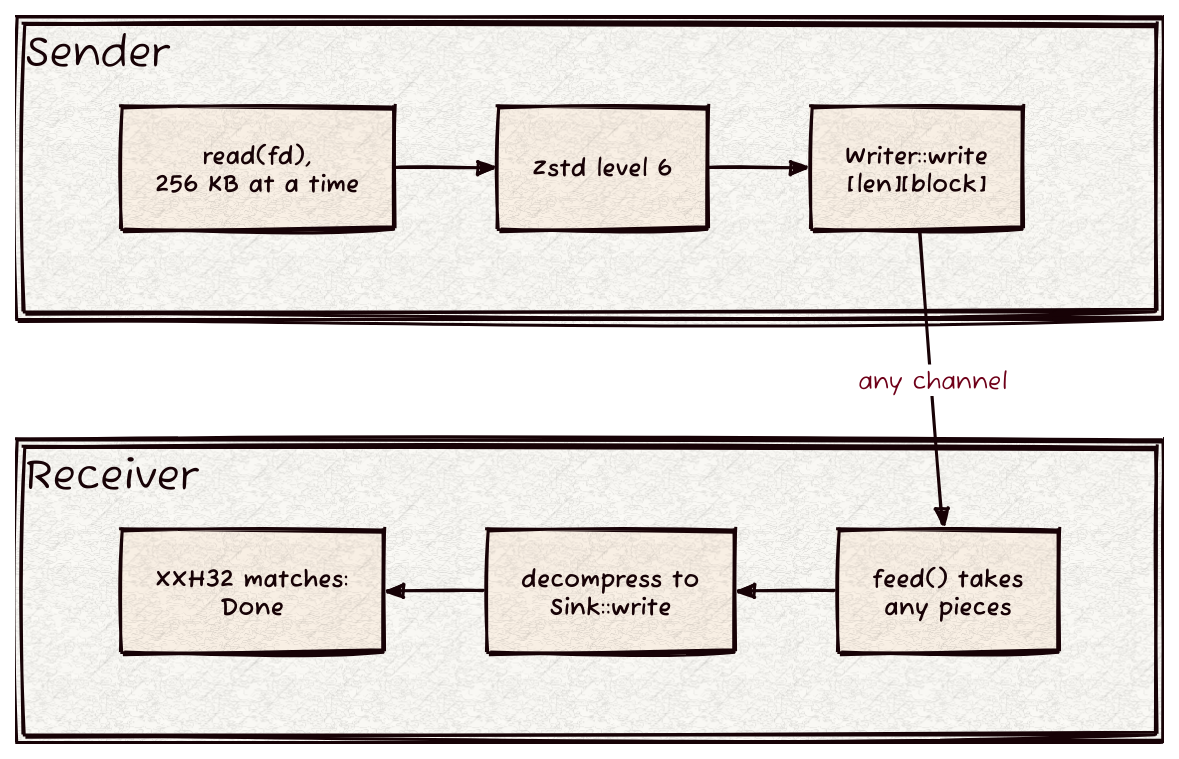
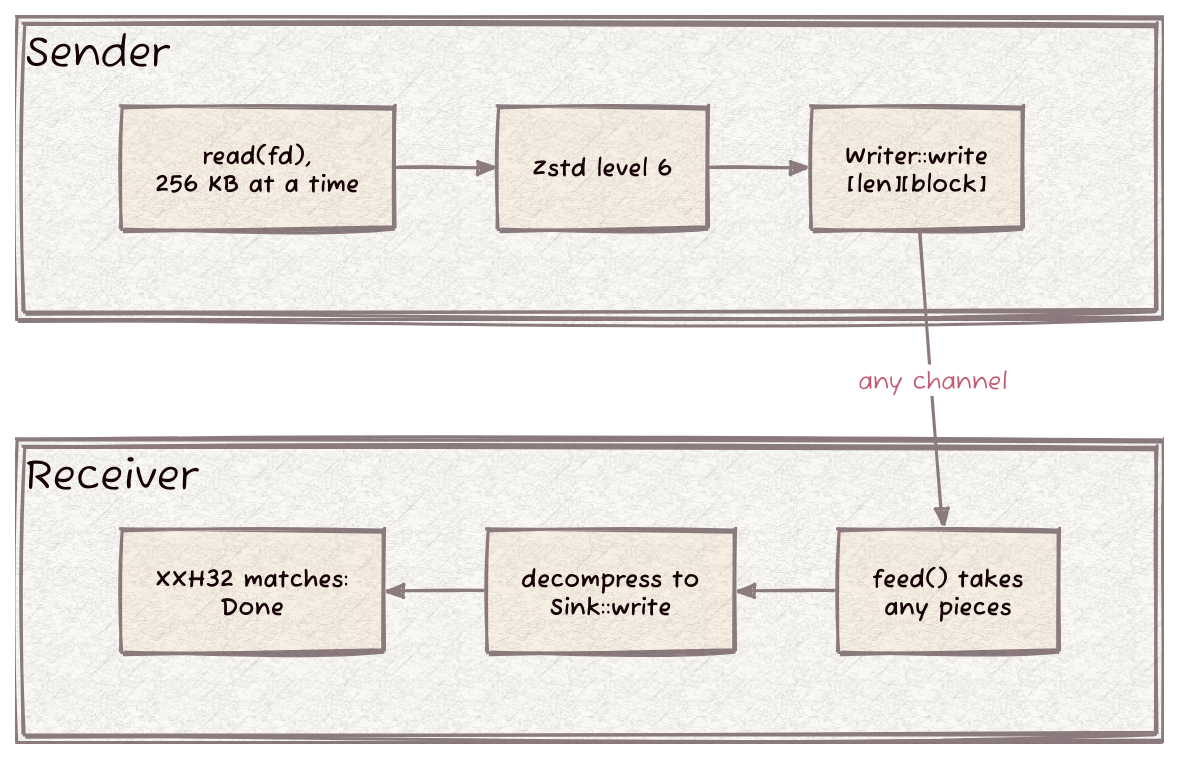
One commit to Kronuz/flume changed the diagram in docs/flume.d2. Above: the diagram before and after it, drawn with D2. The commit also changed 1 other file, not shown here.

Commit message:
Render the README diagram for light and dark pages
A transparent background, mid-tone lines and mid-tone edge labels let
the one SVG read on GitHub's light and dark themes; the header carries
the settings so a plain `d2` renders it the same way.

[skip ci]

```diff
--- a/docs/flume.d2
+++ b/docs/flume.d2
@@ -1,29 +1,31 @@
 # flume: a file crosses any byte channel as framed Zstd blocks, checked end to end.
-# Render: d2 --layout elk --sketch --theme 302 docs/flume.d2 docs/flume.svg
-vars: { d2-config: { layout-engine: elk; theme-id: 302; sketch: true; pad: 24 } }
+# Render: d2 docs/flume.d2 docs/flume.svg
+vars: { d2-config: { layout-engine: elk; theme-id: 302; sketch: true; pad: 24; theme-overrides: { B1: "#8C7B7E"; B2: "#C25B73"; N2: "#C25B73" } } }
+style.fill: transparent
+
 grid-columns: 1
 vertical-gap: 80
 
 sender: Sender {
   label.near: top-left
   style.fill: "#FBFAF6"
   grid-rows: 1
   horizontal-gap: 70
   read: "read(fd),\n256 KB at a time"
   zstd: "Zstd level 6"
   frame: "Writer::write\n[len][block]"
   read -> zstd -> frame
 }
 
 receiver: Receiver {
   label.near: top-left
   style.fill: "#FBFAF6"
   grid-rows: 1
   horizontal-gap: 70
   done: "XXH32 matches:\nDone"
   unzstd: "decompress to\nSink::write"
   feed: "feed() takes\nany pieces"
   feed -> unzstd -> done
 }
 
 sender.frame -> receiver.feed: any channel
```
